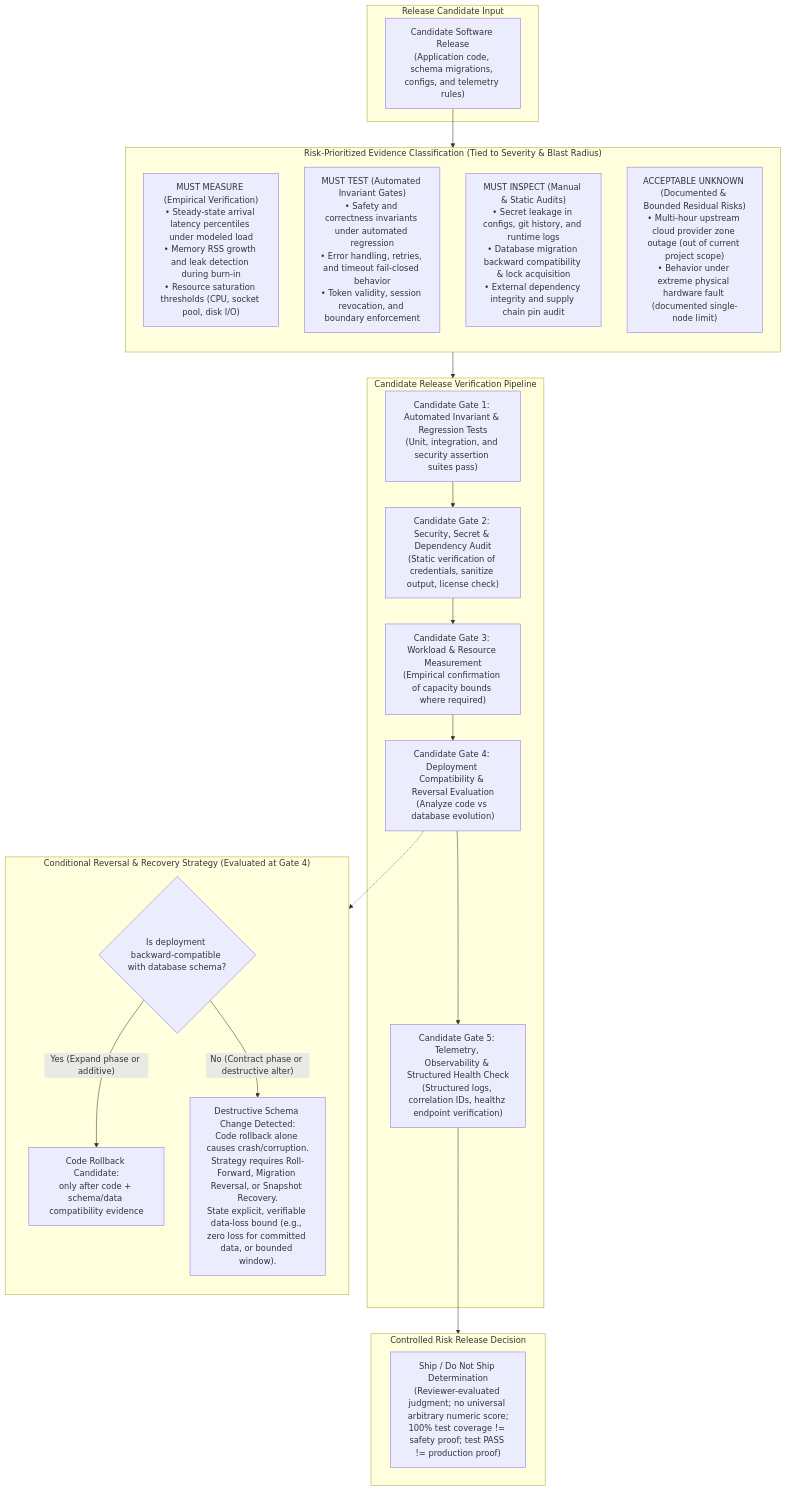
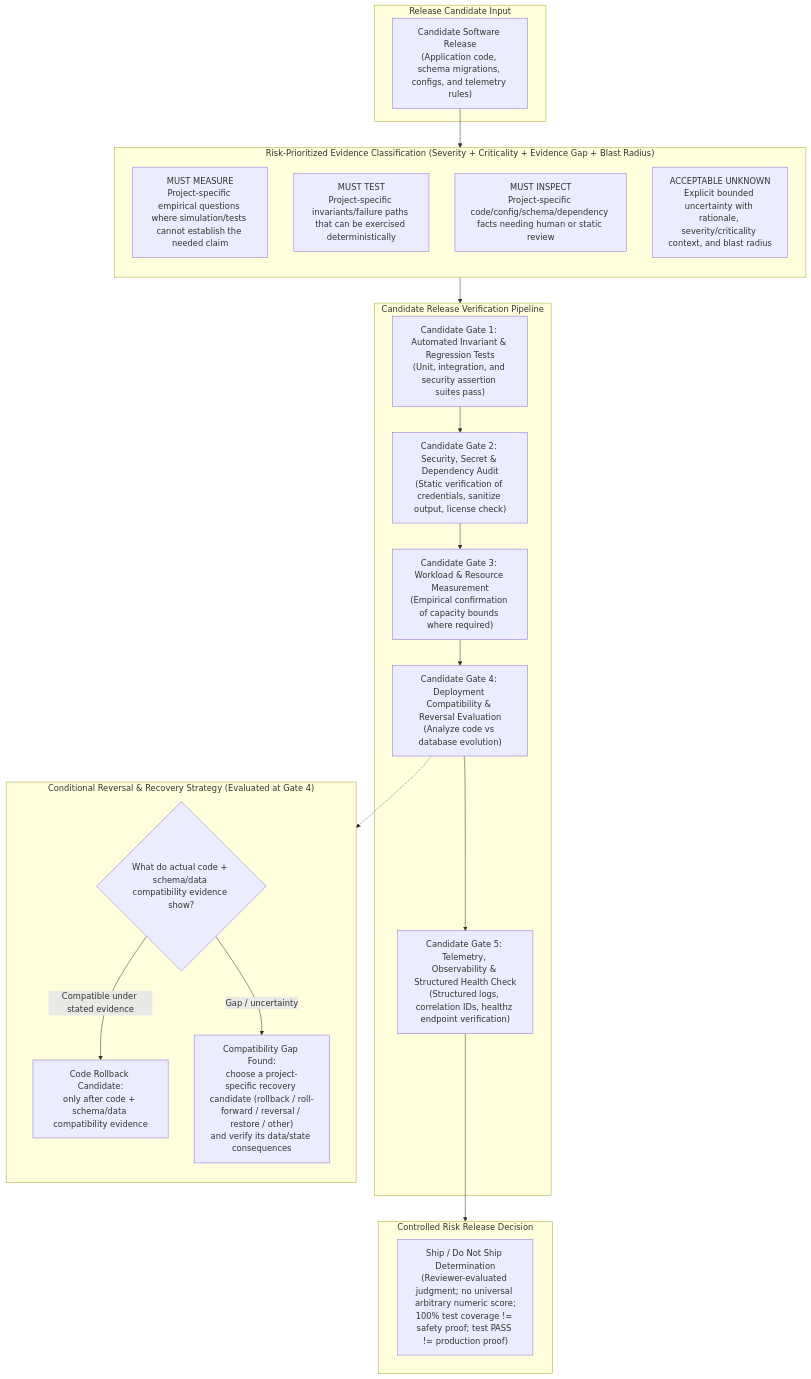
Before and after one commit to CN-JJB/essential-cs: the diagram in book/24-final-system-defense/visuals/FIG-M24-03-preship-verification-risk-matrix-pipeline.mmd, drawn with Mermaid. The commit also changed 2 other files, not shown here.

Commit message:
docs(s7-m24): Lead make capstone visuals evidence-conditional (#123)

```diff
--- a/book/24-final-system-defense/visuals/FIG-M24-03-preship-verification-risk-matrix-pipeline.mmd
+++ b/book/24-final-system-defense/visuals/FIG-M24-03-preship-verification-risk-matrix-pipeline.mmd
@@ -1,42 +1,42 @@
 %% FIG-M24-03 — Pre-Ship Verification & Risk-Prioritized Candidate Release Gate Pipeline
 %% Original, course-owned, editable Mermaid source for Essential CS.
 flowchart TB
     subgraph INPUT ["Release Candidate Input"]
         SRC["Candidate Software Release<br/>(Application code, schema migrations, configs, and telemetry rules)"]
     end
 
-    subgraph RISK_MATRIX ["Risk-Prioritized Evidence Classification (Tied to Severity & Blast Radius)"]
+    subgraph RISK_MATRIX ["Risk-Prioritized Evidence Classification (Severity + Criticality + Evidence Gap + Blast Radius)"]
         direction TB
-        MM["MUST MEASURE (Empirical Verification)<br/>• Steady-state arrival latency percentiles under modeled load<br/>• Memory RSS growth and leak detection during burn-in<br/>• Resource saturation thresholds (CPU, socket pool, disk I/O)"]
-        MT["MUST TEST (Automated Invariant Gates)<br/>• Safety and correctness invariants under automated regression<br/>• Error handling, retries, and timeout fail-closed behavior<br/>• Token validity, session revocation, and boundary enforcement"]
-        MI["MUST INSPECT (Manual & Static Audits)<br/>• Secret leakage in configs, git history, and runtime logs<br/>• Database migration backward compatibility & lock acquisition<br/>• External dependency integrity and supply chain pin audit"]
-        AU["ACCEPTABLE UNKNOWN (Documented & Bounded Residual Risks)<br/>• Multi-hour upstream cloud provider zone outage (out of current project scope)<br/>• Behavior under extreme physical hardware fault (documented single-node limit)"]
+        MM["MUST MEASURE<br/>Project-specific empirical questions where simulation/tests cannot establish the needed claim"]
+        MT["MUST TEST<br/>Project-specific invariants/failure paths that can be exercised deterministically"]
+        MI["MUST INSPECT<br/>Project-specific code/config/schema/dependency facts needing human or static review"]
+        AU["ACCEPTABLE UNKNOWN<br/>Explicit bounded uncertainty with rationale, severity/criticality context, and blast radius"]
     end
 
     subgraph CONDITIONAL_PIPELINE ["Candidate Release Verification Pipeline"]
         G1["Candidate Gate 1: Automated Invariant & Regression Tests<br/>(Unit, integration, and security assertion suites pass)"]
         G2["Candidate Gate 2: Security, Secret & Dependency Audit<br/>(Static verification of credentials, sanitize output, license check)"]
         G3["Candidate Gate 3: Workload & Resource Measurement<br/>(Empirical confirmation of capacity bounds where required)"]
         G4["Candidate Gate 4: Deployment Compatibility & Reversal Evaluation<br/>(Analyze code vs database evolution)"]
         G5["Candidate Gate 5: Telemetry, Observability & Structured Health Check<br/>(Structured logs, correlation IDs, healthz endpoint verification)"]
 
         G1 --> G2 --> G3 --> G4 --> G5
     end
 
     subgraph RECOVERY_STRATEGY ["Conditional Reversal & Recovery Strategy (Evaluated at Gate 4)"]
         direction TB
-        C_CODE{"Is deployment backward-compatible with database schema?"}
+        C_CODE{"What do actual code + schema/data compatibility evidence show?"}
         R_ROLLBACK["Code Rollback Candidate:<br/>only after code + schema/data compatibility evidence"]
-        R_ROLLFORWARD["Destructive Schema Change Detected:<br/>Code rollback alone causes crash/corruption.<br/>Strategy requires Roll-Forward, Migration Reversal, or Snapshot Recovery.<br/>State explicit, verifiable data-loss bound (e.g., zero loss for committed data, or bounded window)."]
-        C_CODE -- Yes (Expand phase or additive) --> R_ROLLBACK
-        C_CODE -- No (Contract phase or destructive alter) --> R_ROLLFORWARD
+        R_ROLLFORWARD["Compatibility Gap Found:<br/>choose a project-specific recovery candidate (rollback / roll-forward / reversal / restore / other)<br/>and verify its data/state consequences"]
+        C_CODE -- Compatible under stated evidence --> R_ROLLBACK
+        C_CODE -- Gap / uncertainty --> R_ROLLFORWARD
     end
 
     subgraph RELEASE_DECISION ["Controlled Risk Release Decision"]
         DECISION["Ship / Do Not Ship Determination<br/>(Reviewer-evaluated judgment; no universal arbitrary numeric score;<br/>100% test coverage != safety proof; test PASS != production proof)"]
     end
 
     SRC --> RISK_MATRIX
     RISK_MATRIX --> CONDITIONAL_PIPELINE
     G4 -.-> RECOVERY_STRATEGY
     G5 --> RELEASE_DECISION
```
